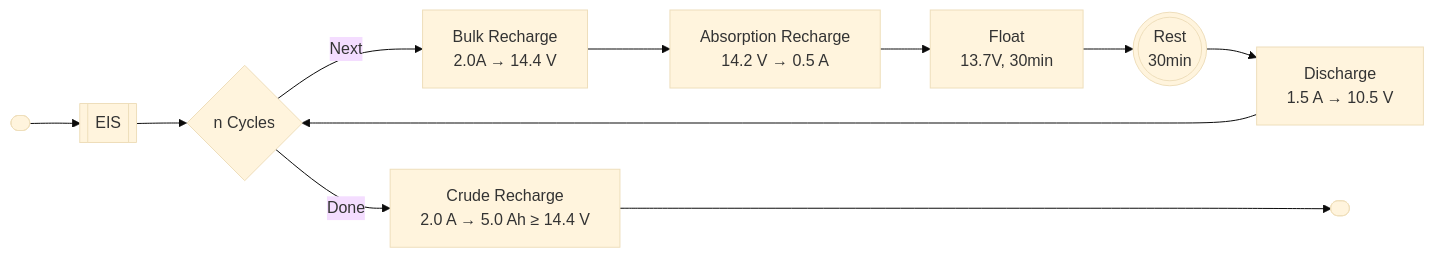
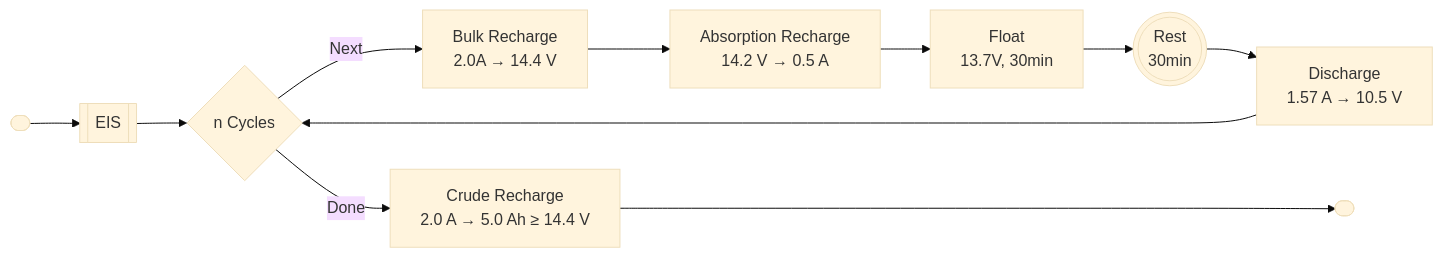
One commit to UCT-MARiS/SISPS-EXP-SOH changed the second of 3 diagrams in Docs/UCT003 SoH Methodology.md. Above: the diagram before and after it, drawn with Mermaid (base theme). The commit also changed other lines of this file, not shown here.

````diff
--- a/Docs/UCT003 SoH Methodology.md
+++ b/Docs/UCT003 SoH Methodology.md
@@ -77,26 +78,26 @@
 ```mermaid
 flowchart LR
 
 start([ ])
 eis[[EIS]]
 cycle{n Cycles}
-discharge[Discharge<br>1.5 A &rarr; 10.5 V]
+discharge[Discharge<br>1.57 A &rarr; 10.5 V]
 wait(((Rest<br>30min)))
 bulk[Bulk Recharge<br>2.0A &rarr; 14.4 V]
 absorb[Absorption Recharge<br>14.2 V #rarr; 0.5 A]
 float[Float<br>13.7V, 30min]
 recharge[Crude Recharge<br>2.0 A #rarr; 5.0 Ah &geq; 14.4 V]
 done([ ])
 
 start --> eis
 eis --> cycle 
 cycle -->|Next| bulk
 bulk --> absorb
 absorb --> float
 float --> wait
 wait --> discharge
 discharge --> cycle
 
 cycle -->|Done| recharge
 recharge -----> done
 ```
````
